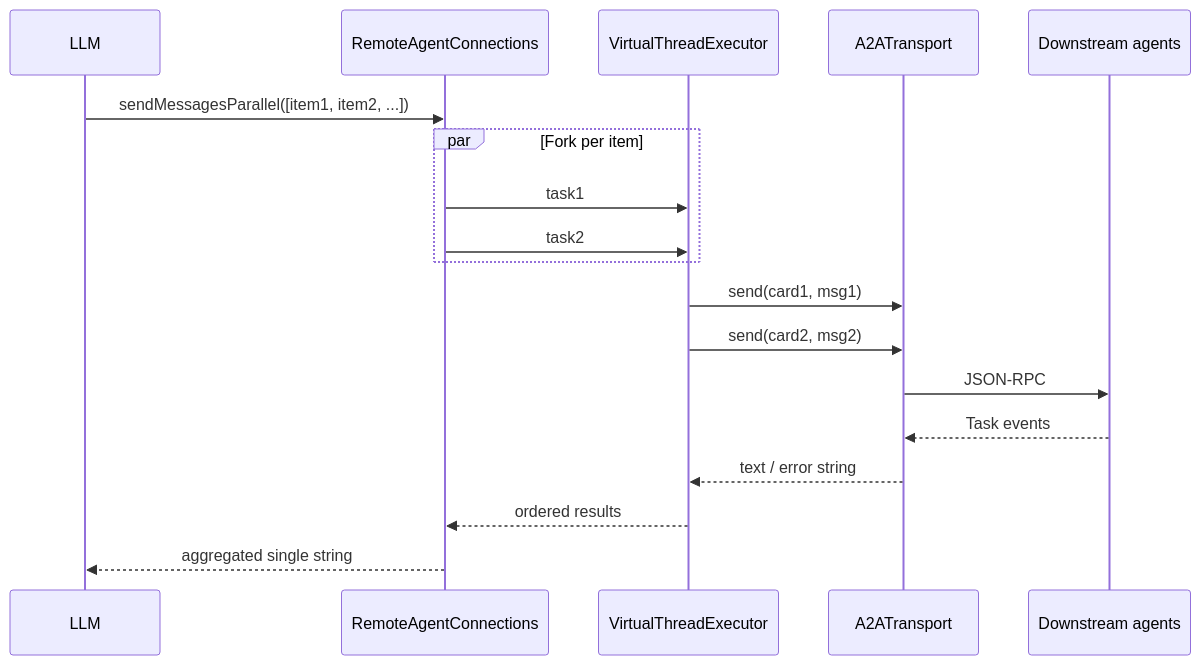
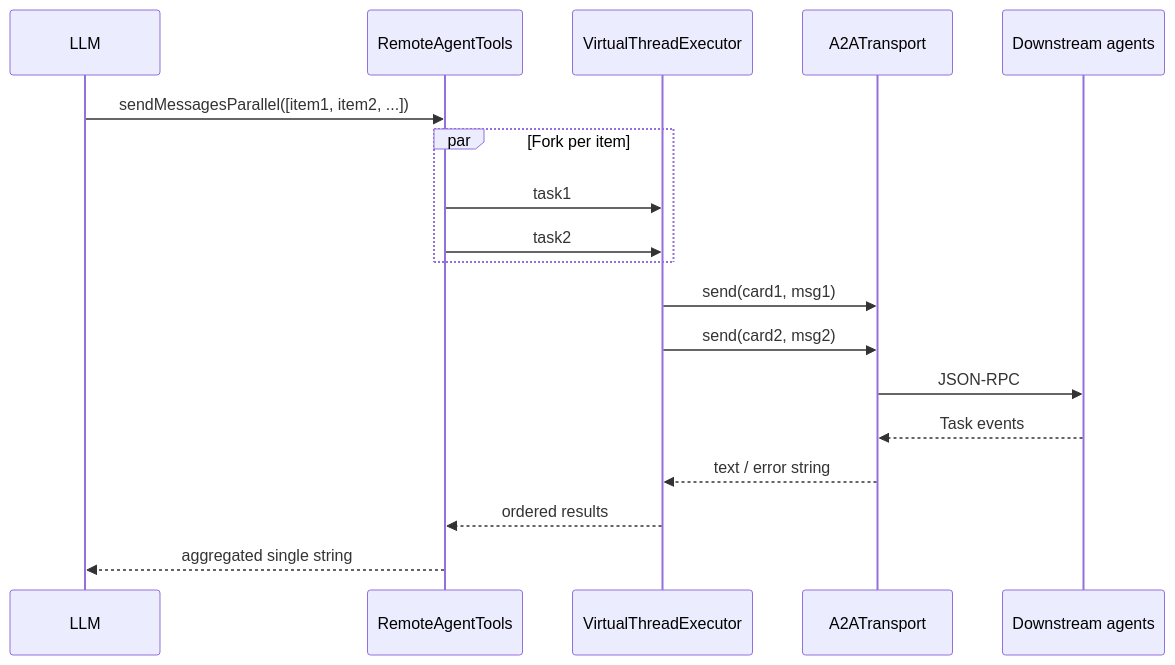
Before and after one commit to CokeLee777/spring-ai-a2a: the diagram in docs/design-host-agent-parallel-batch-tool.md, drawn with Mermaid. The commit also changed other lines of this file and 13 other files, not shown here.

First line of the commit message:
refactor(host-agent): RemoteAgentConnections를 RemoteAgentTools로 리네임

````diff
--- a/docs/design-host-agent-parallel-batch-tool.md
+++ b/docs/design-host-agent-parallel-batch-tool.md
@@ -57,21 +57,21 @@
 ```mermaid
 sequenceDiagram
     participant LLM
-    participant Host as RemoteAgentConnections
+    participant Host as RemoteAgentTools
     participant VT as VirtualThreadExecutor
     participant A2A as A2ATransport
     participant Down as Downstream agents
 
     LLM->>Host: sendMessagesParallel([item1, item2, ...])
     par Fork per item
         Host->>VT: task1
         Host->>VT: task2
     end
     VT->>A2A: send(card1, msg1)
     VT->>A2A: send(card2, msg2)
     A2A->>Down: JSON-RPC
     Down-->>A2A: Task events
     A2A-->>VT: text / error string
     VT-->>Host: ordered results
     Host-->>LLM: aggregated single string
 ```
````
